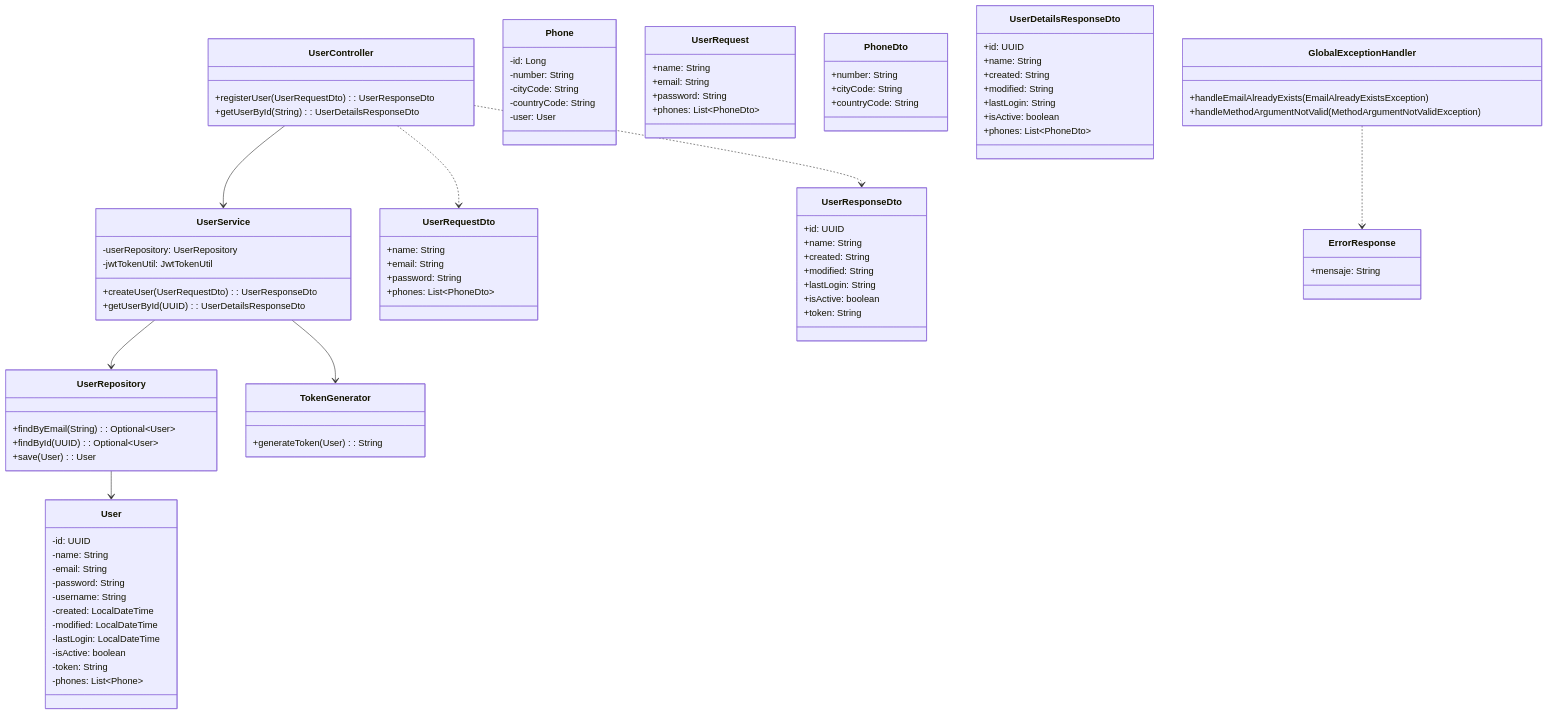
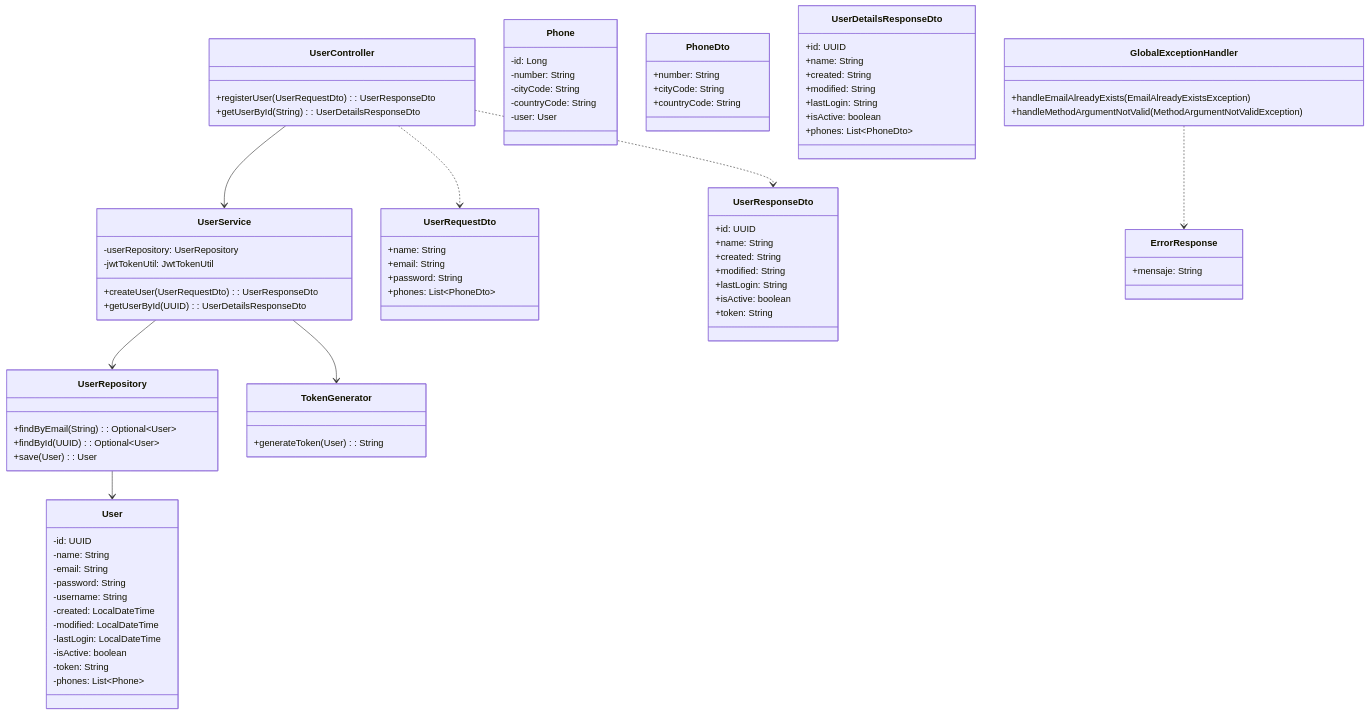
Before and after one commit to diegocalza-lagash/api-users: the diagram in README.md, drawn with Mermaid.

```diff
--- a/README.md
+++ b/README.md
@@ -46,12 +46,7 @@
         -user: User
     }
     
-    class UserRequest {
-        +name: String
-        +email: String
-        +password: String
-        +phones: List~PhoneDto~
-    }
+
     
     class PhoneDto {
         +number: String
```
